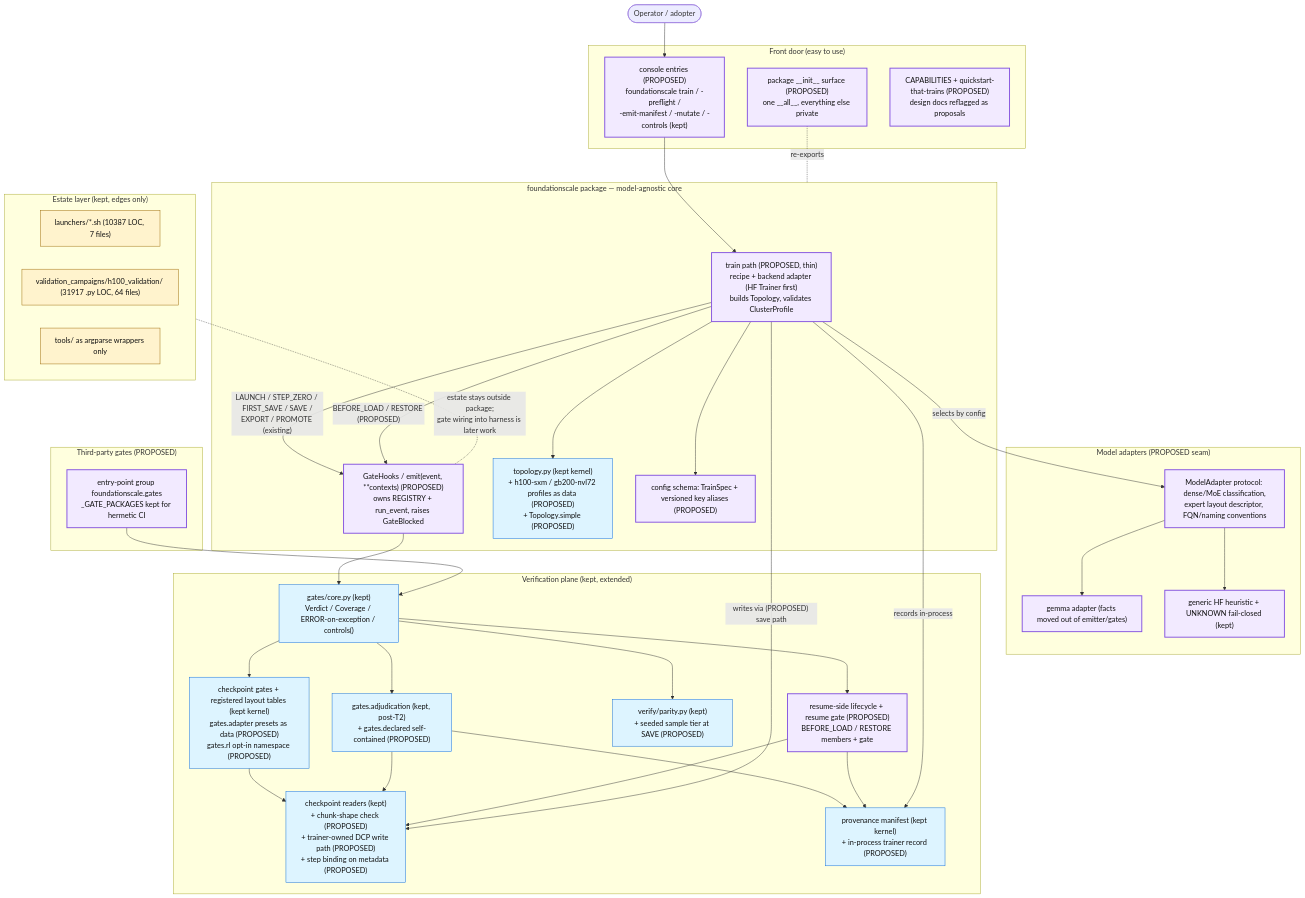
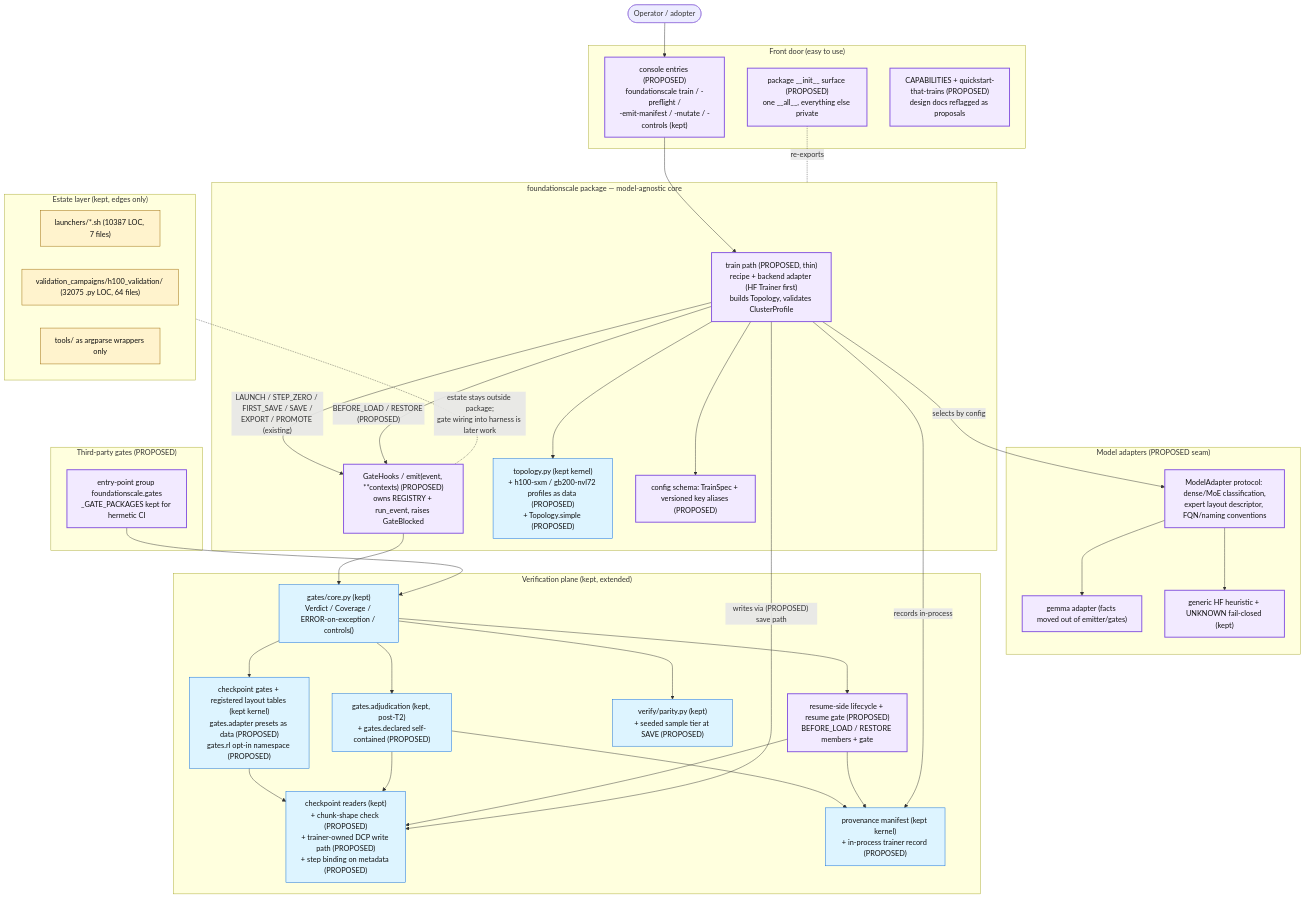
Before and after one commit to TranNhiem/FoundationScale: the diagram in docs/review/D5_proposed_architecture.md, drawn with Mermaid. The commit also changed other lines of this file and 8 other files, not shown here.

````diff
--- a/docs/review/D5_proposed_architecture.md
+++ b/docs/review/D5_proposed_architecture.md
@@ -13,74 +13,74 @@
 ```mermaid
 flowchart TB
   U(["Operator / adopter"])
 
   subgraph FRONT["Front door (easy to use)"]
     CLI["console entries (PROPOSED)<br/>foundationscale train / -preflight /<br/>-emit-manifest / -mutate / -controls (kept)"]
     SURF["package __init__ surface (PROPOSED)<br/>one __all__, everything else private"]
     DOCS["CAPABILITIES + quickstart-that-trains (PROPOSED)<br/>design docs reflagged as proposals"]
   end
 
   subgraph CORE["foundationscale package — model-agnostic core"]
     TRAIN["train path (PROPOSED, thin)<br/>recipe + backend adapter (HF Trainer first)<br/>builds Topology, validates ClusterProfile"]
     HOOKS["GateHooks / emit(event, **contexts) (PROPOSED)<br/>owns REGISTRY + run_event, raises GateBlocked"]
     TOPO["topology.py (kept kernel)<br/>+ h100-sxm / gb200-nvl72 profiles as data (PROPOSED)<br/>+ Topology.simple (PROPOSED)"]
     CONFIG["config schema: TrainSpec + versioned key aliases (PROPOSED)"]
   end
 
   subgraph ADAPT["Model adapters (PROPOSED seam)"]
     MA["ModelAdapter protocol: dense/MoE classification,<br/>expert layout descriptor, FQN/naming conventions"]
     GEM["gemma adapter (facts moved out of emitter/gates)"]
     HF["generic HF heuristic + UNKNOWN fail-closed (kept)"]
   end
 
   subgraph VERIFY["Verification plane (kept, extended)"]
     GCORE["gates/core.py (kept)<br/>Verdict / Coverage / ERROR-on-exception / controls()"]
     GCK["checkpoint gates + registered layout tables (kept kernel)<br/>gates.adapter presets as data (PROPOSED)<br/>gates.rl opt-in namespace (PROPOSED)"]
     ADJ["gates.adjudication (kept, post-T2)<br/>+ gates.declared self-contained (PROPOSED)"]
     PAR["verify/parity.py (kept)<br/>+ seeded sample tier at SAVE (PROPOSED)"]
     CKIO["checkpoint readers (kept)<br/>+ chunk-shape check (PROPOSED)<br/>+ trainer-owned DCP write path (PROPOSED)<br/>+ step binding on metadata (PROPOSED)"]
     PROV["provenance manifest (kept kernel)<br/>+ in-process trainer record (PROPOSED)"]
     RES["resume-side lifecycle + resume gate (PROPOSED)<br/>BEFORE_LOAD / RESTORE members + gate"]
   end
 
   subgraph PLUG["Third-party gates (PROPOSED)"]
     EP["entry-point group foundationscale.gates<br/>_GATE_PACKAGES kept for hermetic CI"]
   end
 
   subgraph ESTATE["Estate layer (kept, edges only)"]
     LAU["launchers/*.sh (10387 LOC, 7 files)"]
-    H100["validation_campaigns/h100_validation/ (31917 .py LOC, 64 files)"]
+    H100["validation_campaigns/h100_validation/ (32075 .py LOC, 64 files)"]
     WRAP["tools/ as argparse wrappers only"]
   end
 
   U --> CLI --> TRAIN
   SURF -. re-exports .- CORE
   TRAIN --> TOPO
   TRAIN --> CONFIG
   TRAIN -- "selects by config" --> MA
   MA --> GEM
   MA --> HF
   TRAIN -- "LAUNCH / STEP_ZERO / FIRST_SAVE / SAVE /<br/>EXPORT / PROMOTE (existing)" --> HOOKS
   TRAIN -- "BEFORE_LOAD / RESTORE (PROPOSED)" --> HOOKS
   HOOKS --> GCORE
   EP --> GCORE
   GCORE --> GCK
   GCORE --> ADJ
   GCORE --> PAR
   GCORE --> RES
   GCK --> CKIO
   ADJ --> CKIO
   ADJ --> PROV
   RES --> CKIO
   RES --> PROV
   TRAIN -- "writes via (PROPOSED) save path" --> CKIO
   TRAIN -- "records in-process" --> PROV
   ESTATE -. "estate stays outside package;<br/>gate wiring into harness is later work" .- HOOKS
 
   classDef new fill:#f2eaff,stroke:#8250df,stroke-width:2px,color:#111;
   classDef kept fill:#ddf4ff,stroke:#0969da,color:#111;
   classDef estate fill:#fff3cd,stroke:#9a6700,color:#111;
   class TRAIN,HOOKS,CLI,SURF,DOCS,MA,GEM,HF,RES,EP,CONFIG new;
   class GCORE,GCK,ADJ,PAR,CKIO,PROV,TOPO kept;
   class LAU,H100,WRAP estate;
 ```
````
